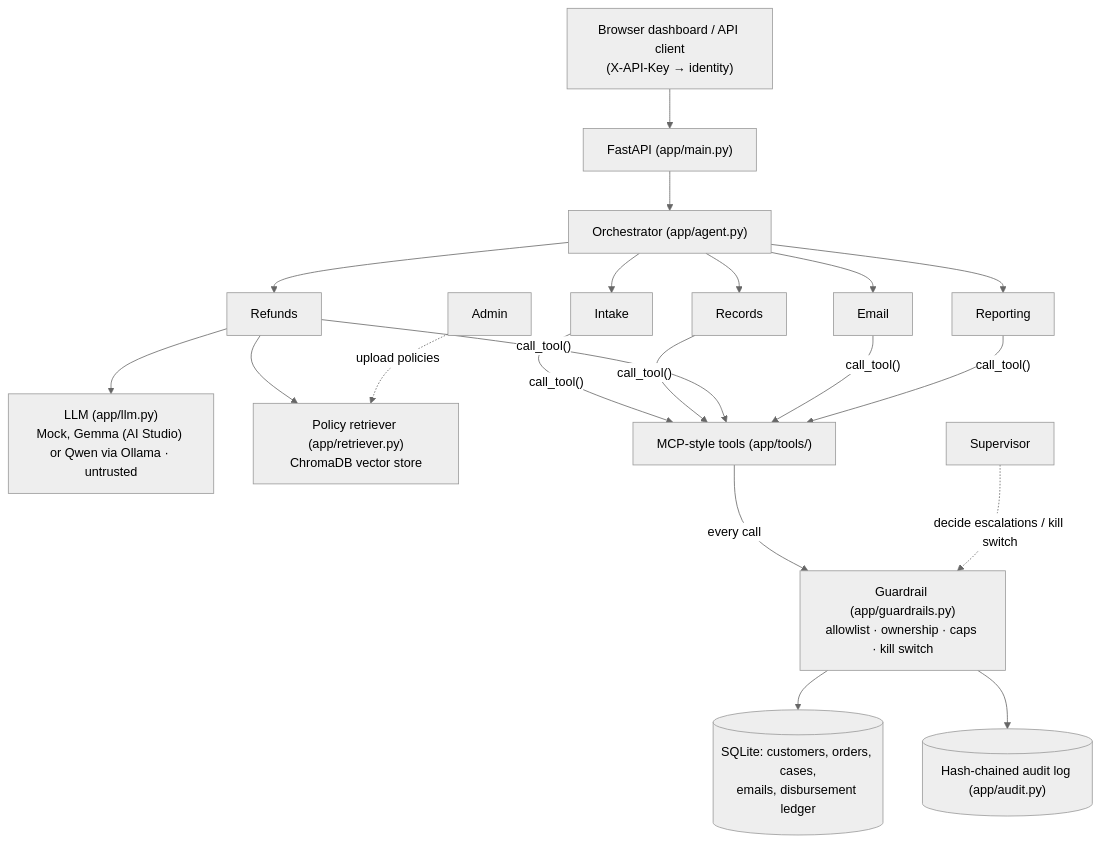
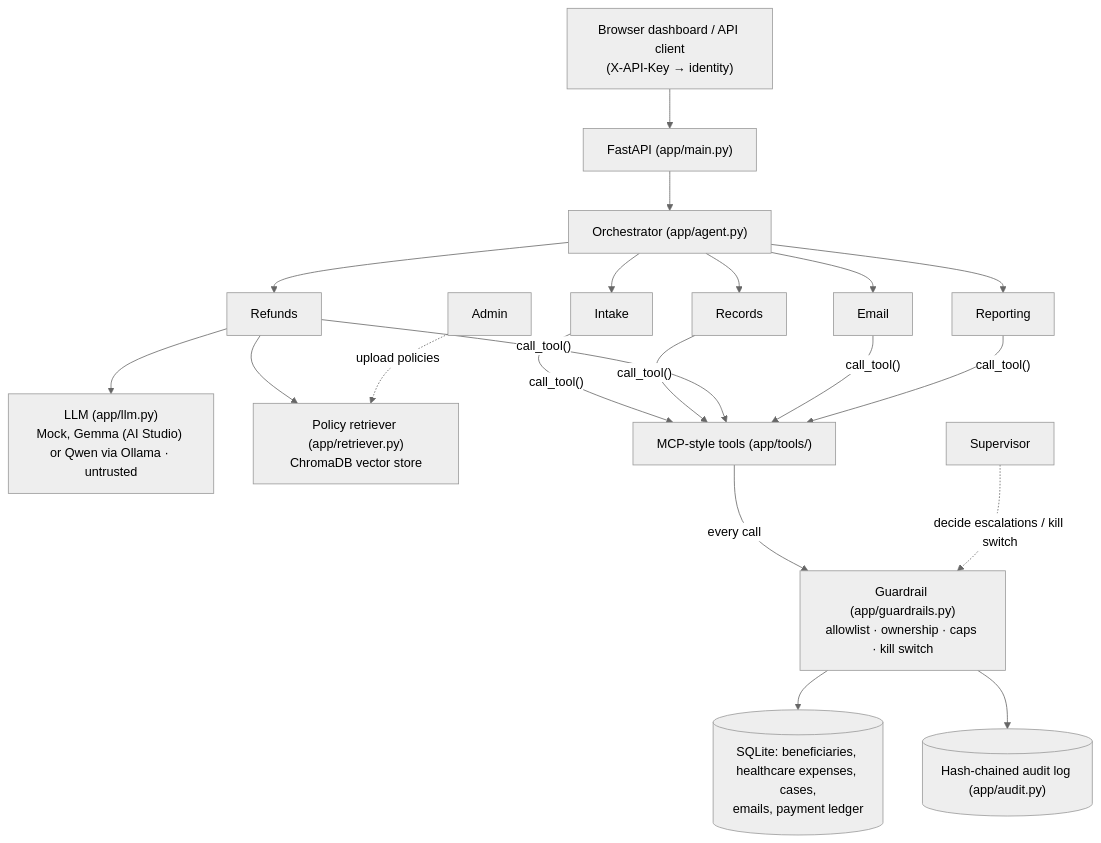
One commit to sujihancock/CSEN296-PROJECT-TEAM4 changed the diagram in README.md. Above: the diagram before and after it, drawn with Mermaid (neutral theme). The commit also changed other lines of this file and 58 other files, not shown here.

````diff
--- a/README.md
+++ b/README.md
@@ -71,14 +85,14 @@
 ```mermaid
 flowchart TD
     UI["Browser dashboard / API client<br/>(X-API-Key → identity)"] --> API["FastAPI (app/main.py)"]
     API --> Orch["Orchestrator (app/agent.py)"]
     Orch --> Intake & Records & Refunds & Email & Reporting
     Refunds --> LLM["LLM (app/llm.py)<br/>Mock, Gemma (AI Studio) or Qwen via Ollama · untrusted"]
     Refunds --> RAG["Policy retriever (app/retriever.py)<br/>ChromaDB vector store"]
     Intake & Records & Refunds & Email & Reporting -->|"call_tool()"| Tools["MCP-style tools (app/tools/)"]
     Tools -->|"every call"| G["Guardrail (app/guardrails.py)<br/>allowlist · ownership · caps · kill switch"]
-    G --> DB[("SQLite: customers, orders, cases,<br/>emails, disbursement ledger")]
+    G --> DB[("SQLite: beneficiaries, healthcare expenses, cases,<br/>emails, payment ledger")]
     G --> Audit[("Hash-chained audit log (app/audit.py)")]
     Sup["Supervisor"] -.->|"decide escalations / kill switch"| G
     Admin["Admin"] -.->|"upload policies"| RAG
 ```
````
